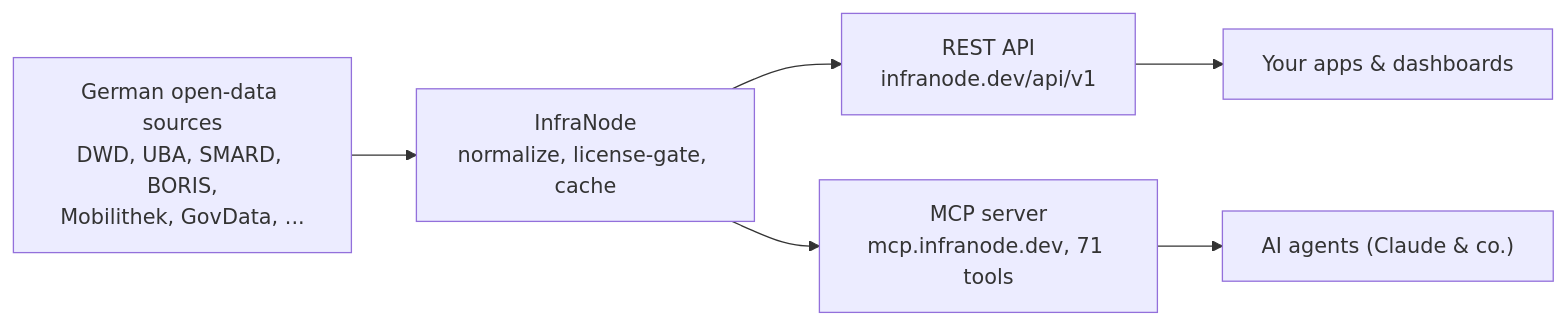
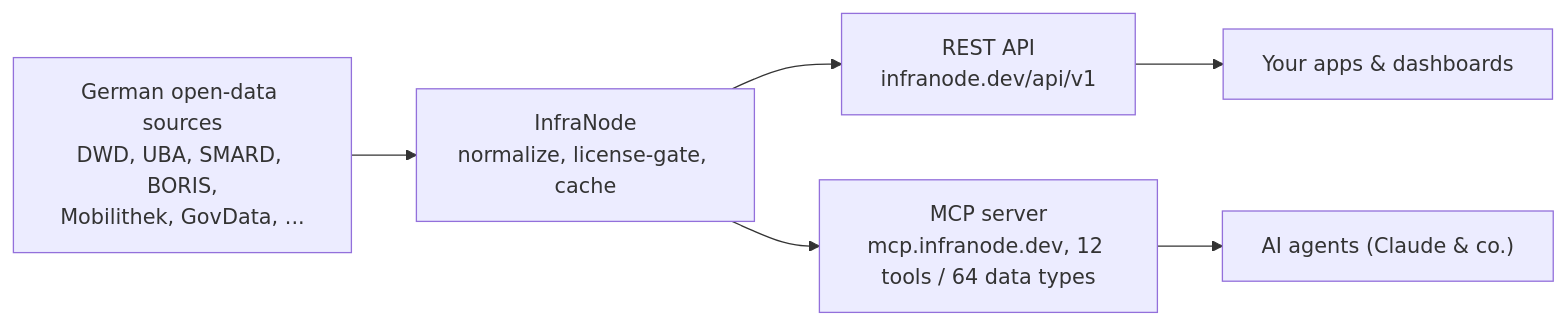
One commit to street1983nk/infranode changed the diagram in README.md. Above: the diagram before and after it, drawn with Mermaid. The commit also changed other lines of this file and 14 other files, not shown here.

First line of the commit message:
feat(mcp)!: Tool-Konsolidierung 71 -> 12 + Schema-Diaet + Allowlist-Sync

````diff
--- a/README.md
+++ b/README.md
@@ -30,8 +31,8 @@
 ```mermaid
 flowchart LR
     SRC["German open-data sources<br/>DWD, UBA, SMARD, BORIS,<br/>Mobilithek, GovData, ..."] --> CORE["InfraNode<br/>normalize, license-gate, cache"]
     CORE --> API["REST API<br/>infranode.dev/api/v1"]
-    CORE --> MCP["MCP server<br/>mcp.infranode.dev, 71 tools"]
+    CORE --> MCP["MCP server<br/>mcp.infranode.dev, 12 tools / 64 data types"]
     API --> APPS["Your apps &amp; dashboards"]
     MCP --> AGENTS["AI agents (Claude &amp; co.)"]
 ```
````
